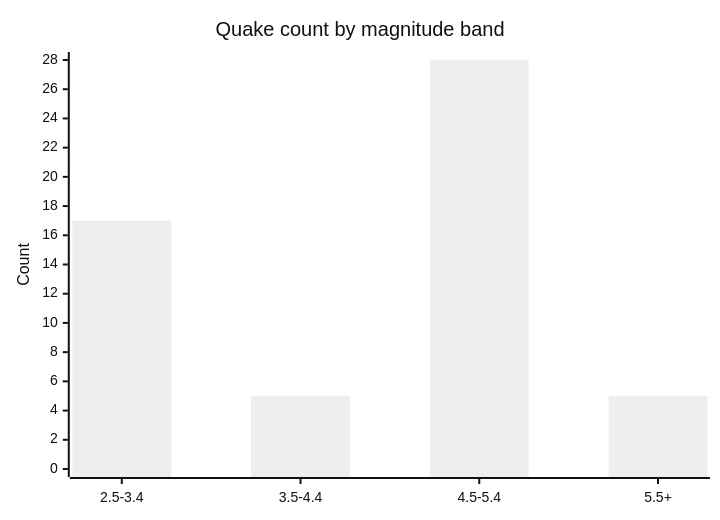
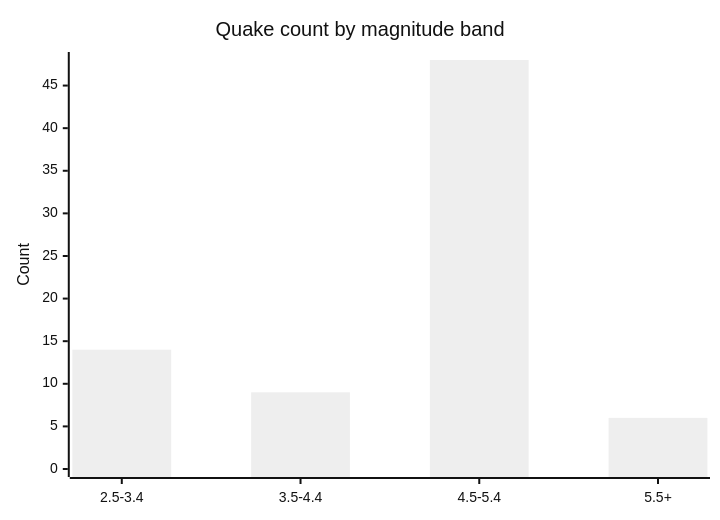
One commit to Midwest-Stratospheric/aerostratospheric-defense-gir changed the fifth of 6 diagrams in docs/GRAPHS.md. Above: the diagram before and after it, drawn with Mermaid (neutral theme). The commit also changed other lines of this file and 23 other files, not shown here.

````diff
--- a/docs/GRAPHS.md
+++ b/docs/GRAPHS.md
@@ -82,7 +82,7 @@
 ```mermaid
 xychart-beta
   title "Quake count by magnitude band"
   x-axis ["2.5-3.4", "3.5-4.4", "4.5-5.4", "5.5+"]
-  y-axis "Count" 0 --> 28
-  bar [17, 5, 28, 5]
+  y-axis "Count" 0 --> 48
+  bar [14, 9, 48, 6]
 ```
````
